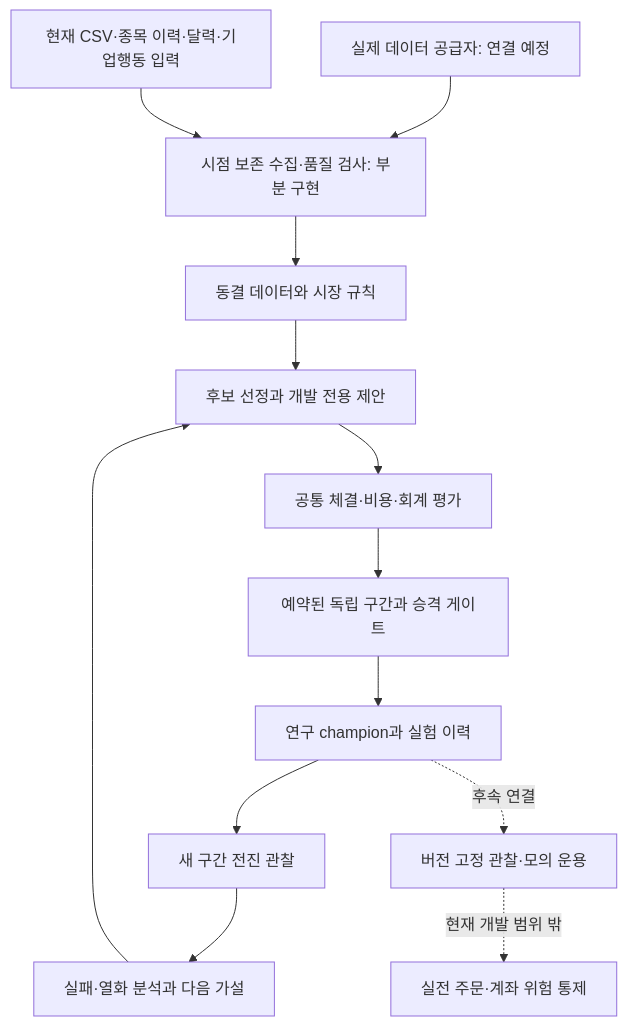
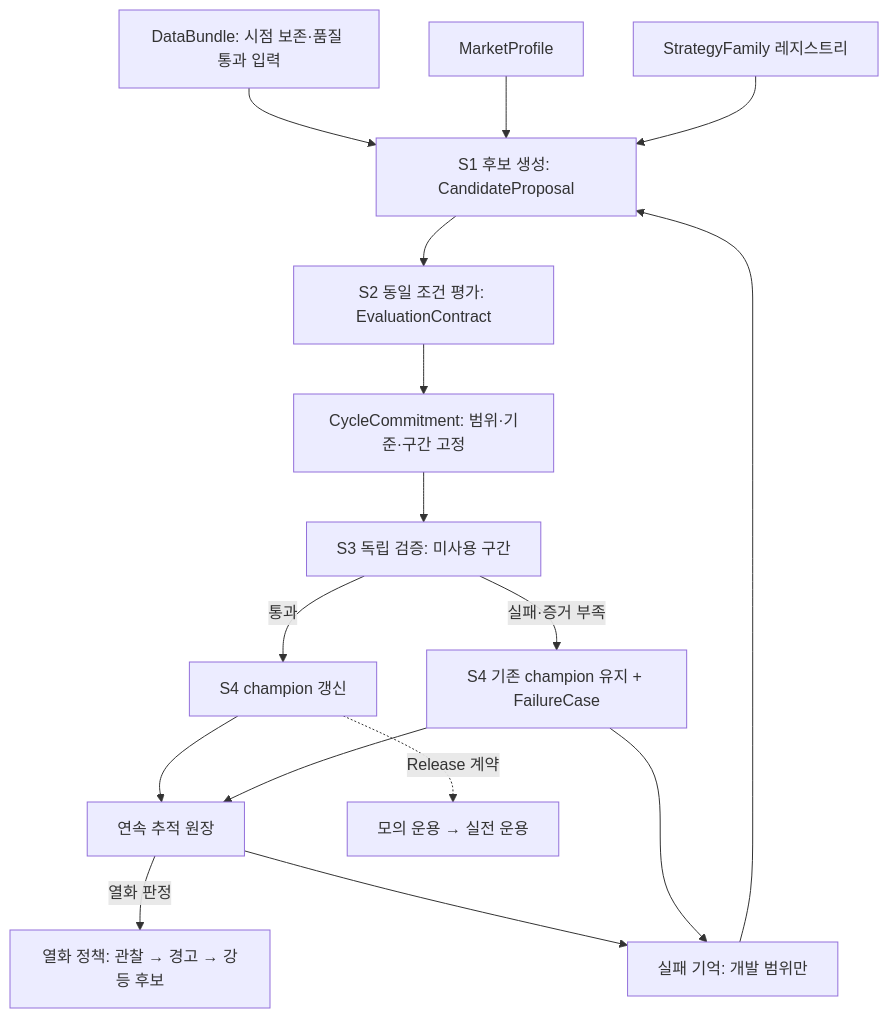
The diagram in docs/blueprint/README.md (dontukim-ai/momentum-study), drawn with Mermaid before and after one commit. The commit also changed other lines of this file and 5 other files, not shown here.

````diff
--- a/docs/blueprint/README.md
+++ b/docs/blueprint/README.md
@@ -37,15 +33,18 @@
 ```mermaid
 flowchart TD
-    A[실제 데이터 공급자: 연결 예정] --> B[시점 보존 수집·품질 검사: 부분 구현]
-    F[현재 CSV·종목 이력·달력·기업행동 입력] --> B
-    B --> C[동결 데이터와 시장 규칙]
-    C --> D[후보 선정과 개발 전용 제안]
-    D --> E[공통 체결·비용·회계 평가]
-    E --> G[예약된 독립 구간과 승격 게이트]
-    G --> H[연구 champion과 실험 이력]
-    H --> I[새 구간 전진 관찰]
-    I --> J[실패·열화 분석과 다음 가설]
-    J --> D
-    H -. 후속 연결 .-> K[버전 고정 관찰·모의 운용]
-    K -. 현재 개발 범위 밖 .-> L[실전 주문·계좌 위험 통제]
+    D0[DataBundle: 시점 보존·품질 통과 입력] --> S1
+    MP[MarketProfile] --> S1
+    SF[StrategyFamily 레지스트리] --> S1
+    FM[실패 기억: 개발 범위만] --> S1
+    S1[S1 후보 생성: CandidateProposal] --> S2[S2 동일 조건 평가: EvaluationContract]
+    S2 --> CC[CycleCommitment: 범위·기준·구간 고정]
+    CC --> S3[S3 독립 검증: 미사용 구간]
+    S3 -->|통과| S4A[S4 champion 갱신]
+    S3 -->|실패·증거 부족| S4B[S4 기존 champion 유지 + FailureCase]
+    S4A --> TR[연속 추적 원장]
+    S4B --> TR
+    TR -->|열화 판정| DG[열화 정책: 관찰 → 경고 → 강등 후보]
+    TR --> FM
+    S4B --> FM
+    S4A -. Release 계약 .-> RL[모의 운용 → 실전 운용]
 ```
````
